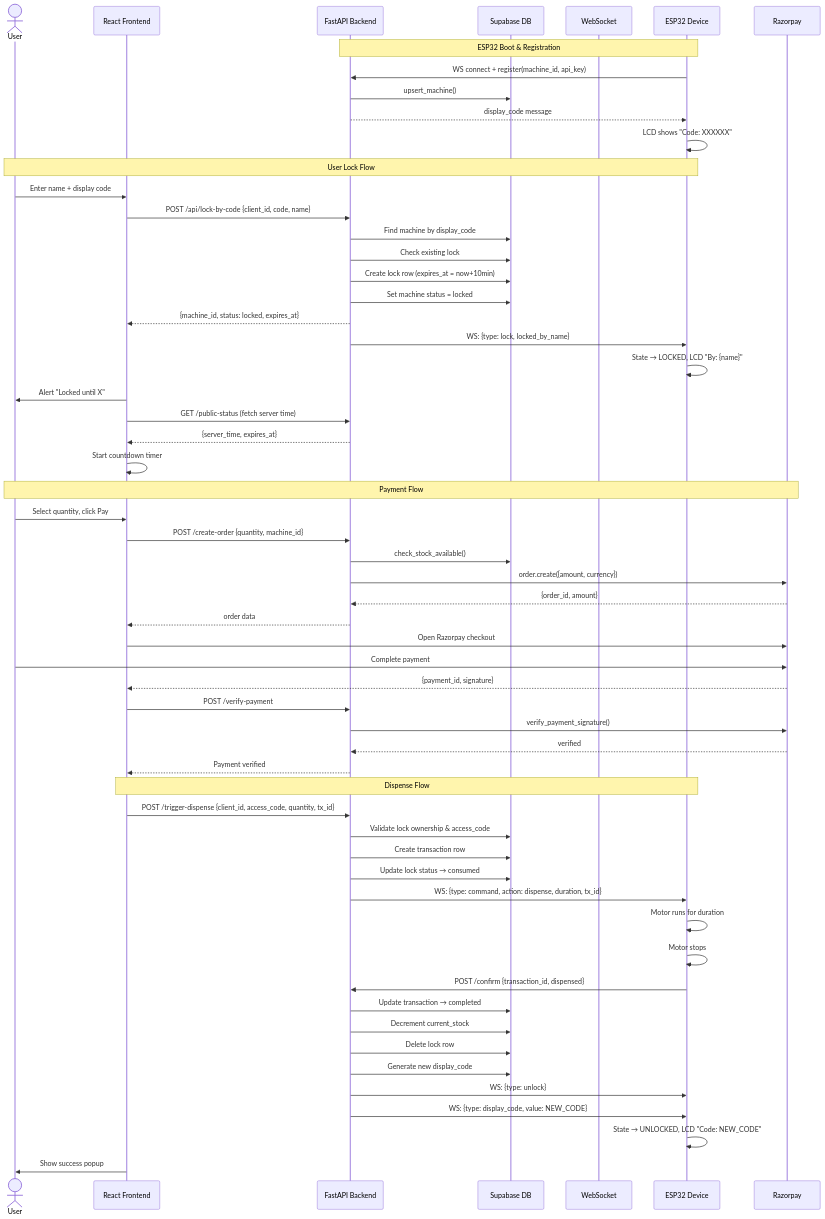
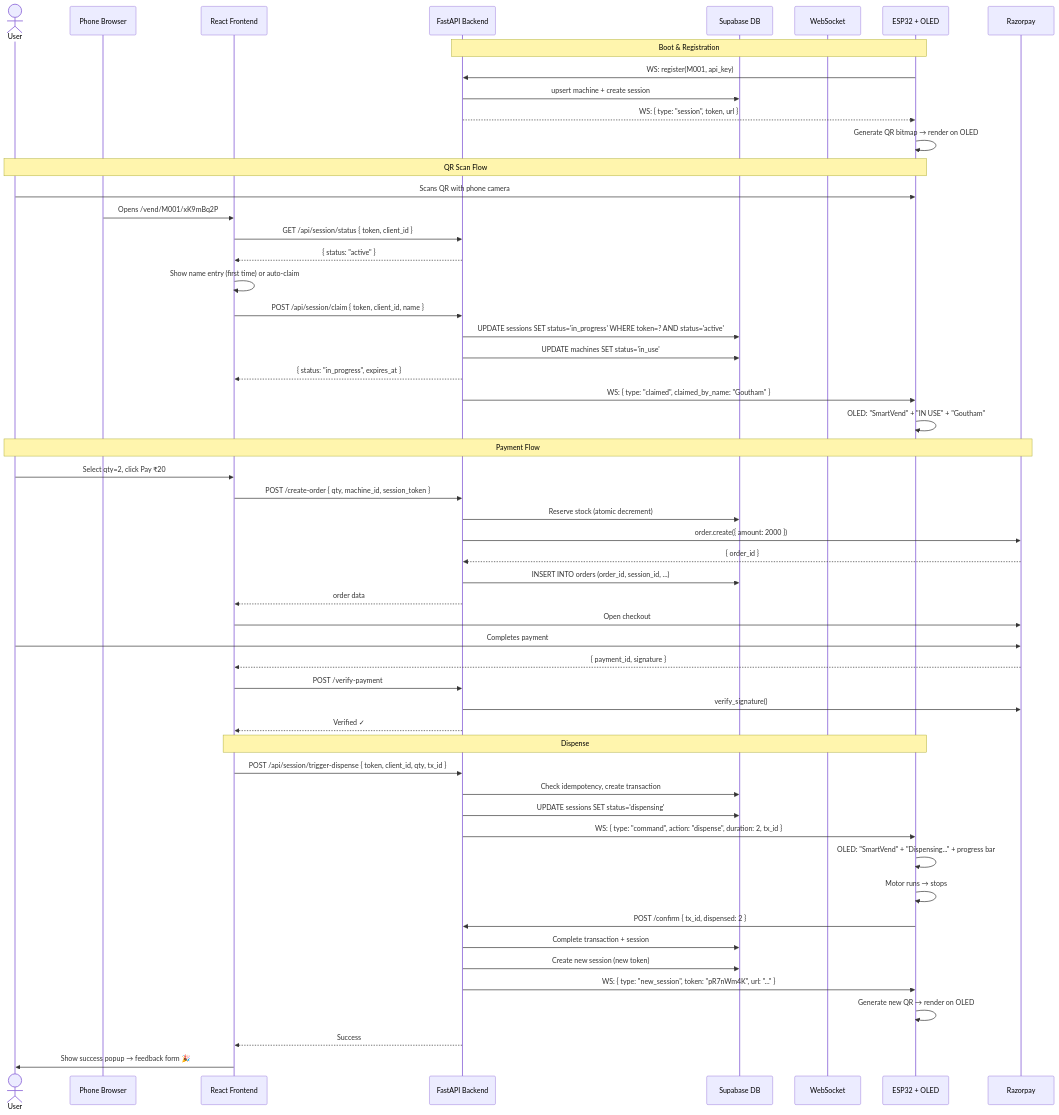
The third of 11 diagrams in UML_Diagrams.md (gouthamlingoju/SmartVend), drawn with Mermaid before and after one commit. The commit also changed other lines of this file and 10 other files, not shown here.

````diff
--- a/UML_Diagrams.md
+++ b/UML_Diagrams.md
@@ -176,64 +213,60 @@
 ```mermaid
 sequenceDiagram
     actor User
-    participant UI as React Frontend
+    participant Phone as Phone Browser
+    participant FE as React Frontend
     participant API as FastAPI Backend
     participant DB as Supabase DB
     participant WS as WebSocket
-    participant ESP as ESP32 Device
+    participant ESP as ESP32 + OLED
     participant RP as Razorpay
 
-    Note over ESP,API: ESP32 Boot & Registration
-    ESP->>API: WS connect + register(machine_id, api_key)
-    API->>DB: upsert_machine()
-    API-->>ESP: display_code message
-    ESP->>ESP: LCD shows "Code: XXXXXX"
+    Note over ESP,API: Boot & Registration
+    ESP->>API: WS: register(M001, api_key)
+    API->>DB: upsert machine + create session
+    API-->>ESP: WS: { type: "session", token, url }
+    ESP->>ESP: Generate QR bitmap → render on OLED
 
-    Note over User,ESP: User Lock Flow
-    User->>UI: Enter name + display code
-    UI->>API: POST /api/lock-by-code {client_id, code, name}
-    API->>DB: Find machine by display_code
-    API->>DB: Check existing lock
-    API->>DB: Create lock row (expires_at = now+10min)
-    API->>DB: Set machine status = locked
-    API-->>UI: {machine_id, status: locked, expires_at}
-    API->>ESP: WS: {type: lock, locked_by_name}
-    ESP->>ESP: State → LOCKED, LCD "By: {name}"
-    UI->>User: Alert "Locked until X"
-    UI->>API: GET /public-status (fetch server time)
-    API-->>UI: {server_time, expires_at}
-    UI->>UI: Start countdown timer
+    Note over User,ESP: QR Scan Flow
+    User->>ESP: Scans QR with phone camera
+    Phone->>FE: Opens /vend/M001/xK9mBq2P
+    FE->>API: GET /api/session/status { token, client_id }
+    API-->>FE: { status: "active" }
+    FE->>FE: Show name entry (first time) or auto-claim
+    FE->>API: POST /api/session/claim { token, client_id, name }
+    API->>DB: UPDATE sessions SET status='in_progress' WHERE token=? AND status='active'
+    API->>DB: UPDATE machines SET status='in_use'
+    API-->>FE: { status: "in_progress", expires_at }
+    API->>ESP: WS: { type: "claimed", claimed_by_name: "Goutham" }
+    ESP->>ESP: OLED: "SmartVend" + "IN USE" + "Goutham"
 
     Note over User,RP: Payment Flow
-    User->>UI: Select quantity, click Pay
-    UI->>API: POST /create-order {quantity, machine_id}
-    API->>DB: check_stock_available()
-    API->>RP: order.create({amount, currency})
-    RP-->>API: {order_id, amount}
-    API-->>UI: order data
-    UI->>RP: Open Razorpay checkout
-    User->>RP: Complete payment
-    RP-->>UI: {payment_id, signature}
-    UI->>API: POST /verify-payment
-    API->>RP: verify_payment_signature()
-    RP-->>API: verified
-    API-->>UI: Payment verified
+    User->>FE: Select qty=2, click Pay ₹20
+    FE->>API: POST /create-order { qty, machine_id, session_token }
+    API->>DB: Reserve stock (atomic decrement)
+    API->>RP: order.create({ amount: 2000 })
+    RP-->>API: { order_id }
+    API->>DB: INSERT INTO orders (order_id, session_id, ...)
+    API-->>FE: order data
+    FE->>RP: Open checkout
+    User->>RP: Completes payment
+    RP-->>FE: { payment_id, signature }
+    FE->>API: POST /verify-payment
+    API->>RP: verify_signature()
+    API-->>FE: Verified ✓
 
-    Note over UI,ESP: Dispense Flow
-    UI->>API: POST /trigger-dispense {client_id, access_code, quantity, tx_id}
-    API->>DB: Validate lock ownership & access_code
-    API->>DB: Create transaction row
-    API->>DB: Update lock status → consumed
-    API->>ESP: WS: {type: command, action: dispense, duration, tx_id}
-    ESP->>ESP: Motor runs for duration
-    ESP->>ESP: Motor stops
-    ESP->>API: POST /confirm {transaction_id, dispensed}
-    API->>DB: Update transaction → completed
-    API->>DB: Decrement current_stock
-    API->>DB: Delete lock row
-    API->>DB: Generate new display_code
-    API->>ESP: WS: {type: unlock}
-    API->>ESP: WS: {type: display_code, value: NEW_CODE}
-    ESP->>ESP: State → UNLOCKED, LCD "Code: NEW_CODE"
-    UI->>User: Show success popup
+    Note over FE,ESP: Dispense
+    FE->>API: POST /api/session/trigger-dispense { token, client_id, qty, tx_id }
+    API->>DB: Check idempotency, create transaction
+    API->>DB: UPDATE sessions SET status='dispensing'
+    API->>ESP: WS: { type: "command", action: "dispense", duration: 2, tx_id }
+    ESP->>ESP: OLED: "SmartVend" + "Dispensing..." + progress bar
+    ESP->>ESP: Motor runs → stops
+    ESP->>API: POST /confirm { tx_id, dispensed: 2 }
+    API->>DB: Complete transaction + session
+    API->>DB: Create new session (new token)
+    API->>ESP: WS: { type: "new_session", token: "pR7nWm4K", url: "..." }
+    ESP->>ESP: Generate new QR → render on OLED
+    API-->>FE: Success
+    FE->>User: Show success popup → feedback form 🎉
 ```
````
